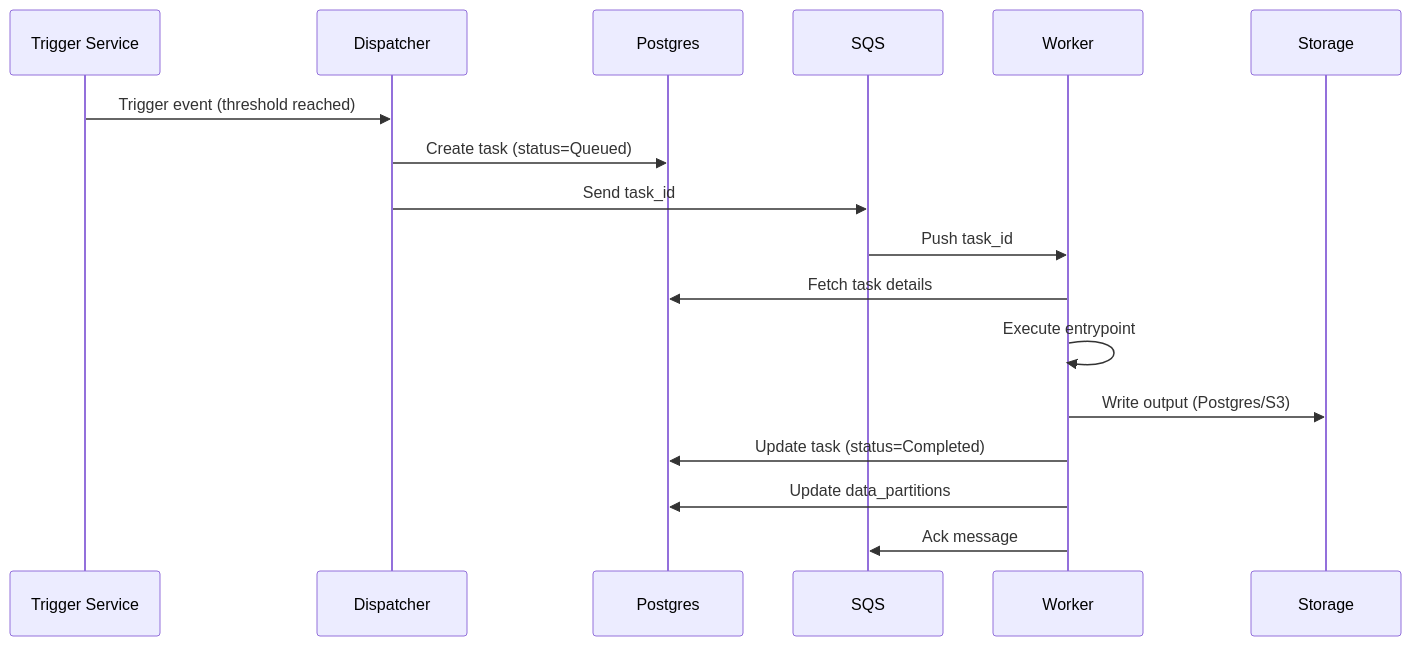
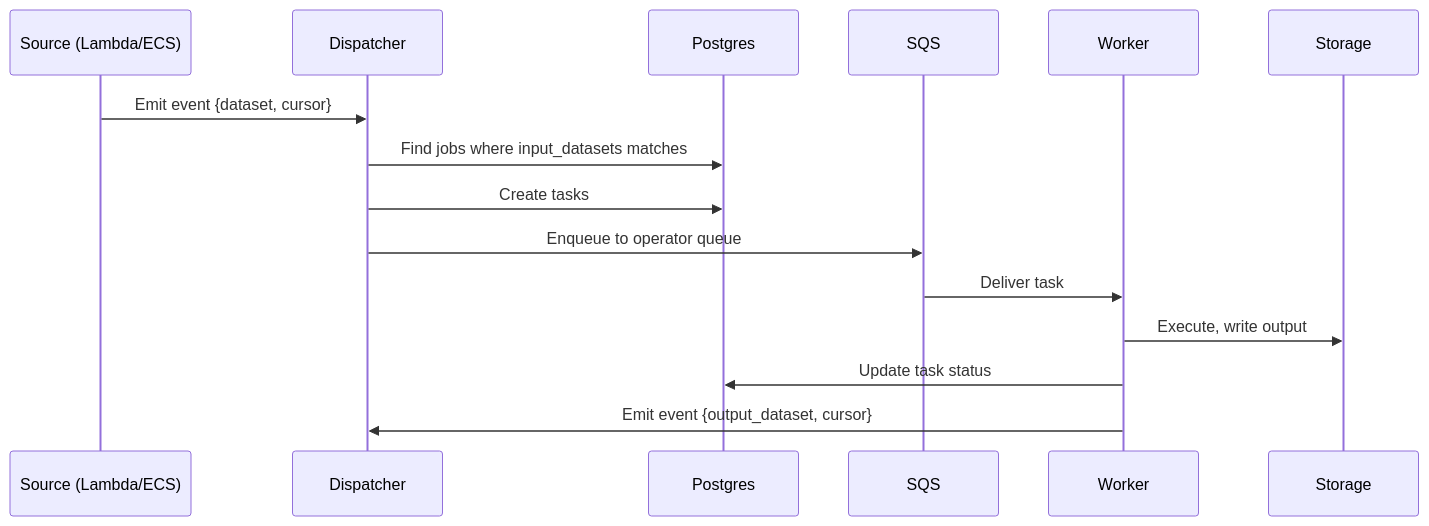
One commit to c7121/trace changed the first of 7 diagrams in docs/architecture/architecture.md. Above: the diagram before and after it, drawn with Mermaid. The commit also changed other lines of this file and 17 other files, not shown here.

````diff
--- a/docs/architecture/architecture.md
+++ b/docs/architecture/architecture.md
@@ -125,20 +71,18 @@
 ```mermaid
 sequenceDiagram
-    participant T as Trigger Service
+    participant Src as Source (Lambda/ECS)
     participant D as Dispatcher
     participant PG as Postgres
     participant Q as SQS
     participant W as Worker
     participant S as Storage
 
-    T->>D: Trigger event (threshold reached)
-    D->>PG: Create task (status=Queued)
-    D->>Q: Send task_id
-    Q->>W: Push task_id
-    W->>PG: Fetch task details
-    W->>W: Execute entrypoint
-    W->>S: Write output (Postgres/S3)
-    W->>PG: Update task (status=Completed)
-    W->>PG: Update data_partitions
-    W->>Q: Ack message
+    Src->>D: Emit event {dataset, cursor}
+    D->>PG: Find jobs where input_datasets matches
+    D->>PG: Create tasks
+    D->>Q: Enqueue to operator queue
+    Q->>W: Deliver task
+    W->>S: Execute, write output
+    W->>PG: Update task status
+    W->>D: Emit event {output_dataset, cursor}
 ```
````
